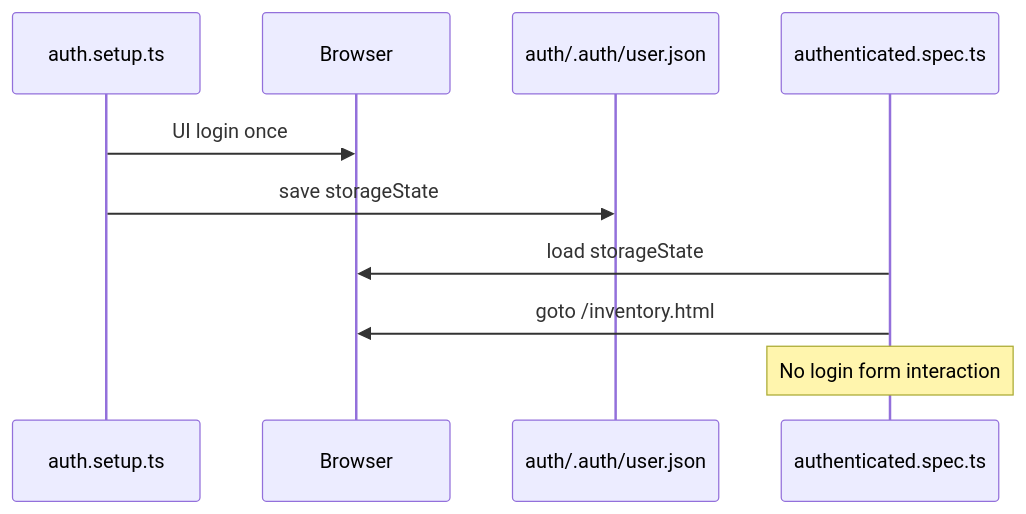
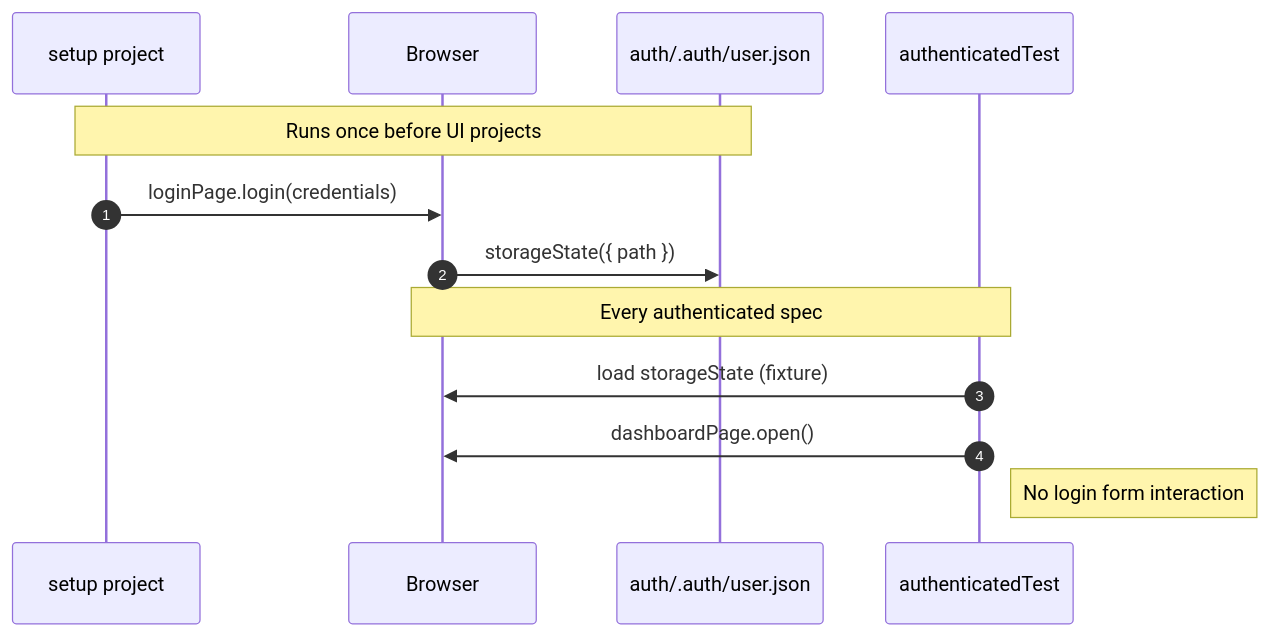
One commit to hemantjanrao/playwright-learning changed the fifth of 9 diagrams in docs/ARCHITECTURE.md. Above: the diagram before and after it, drawn with Mermaid. The commit also changed other lines of this file and 7 other files, not shown here.

````diff
--- a/docs/ARCHITECTURE.md
+++ b/docs/ARCHITECTURE.md
@@ -97,13 +220,17 @@
 ```mermaid
 sequenceDiagram
-    participant Setup as auth.setup.ts
-    participant Browser
-    participant Disk as auth/.auth/user.json
-    participant Test as authenticated.spec.ts
+    autonumber
+    participant S as setup project
+    participant B as Browser
+    participant D as auth/.auth/user.json
+    participant T as authenticatedTest
 
-    Setup->>Browser: UI login once
-    Setup->>Disk: save storageState
-    Test->>Browser: load storageState
-    Test->>Browser: goto /inventory.html
-    Note over Test: No login form interaction
+    Note over S,D: Runs once before UI projects
+    S->>B: loginPage.login(credentials)
+    B->>D: storageState({ path })
+
+    Note over T,B: Every authenticated spec
+    T->>B: load storageState (fixture)
+    T->>B: dashboardPage.open()
+    Note right of T: No login form interaction
 ```
````
